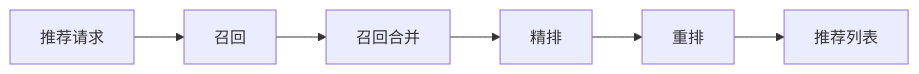
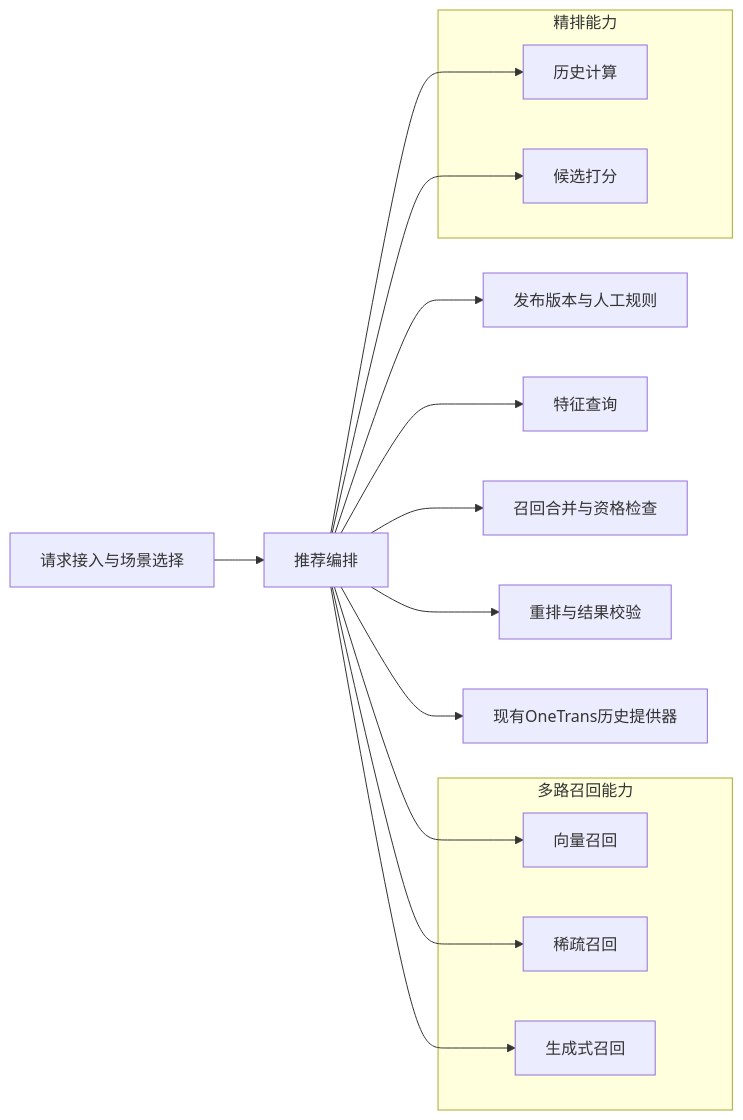
Before and after one commit to bitianyuan123/docs: the first of 5 diagrams in 03_pairec_orchestration.md, drawn with Mermaid. The commit also changed other lines of this file and 141 other files, not shown here.

````diff
--- a/03_pairec_orchestration.md
+++ b/03_pairec_orchestration.md
@@ -26,8 +32,23 @@
 ```mermaid
 flowchart LR
-    Request[推荐请求] --> Recall[召回]
-    Recall --> RecallMerge[召回合并]
-    RecallMerge --> Rank[精排]
-    Rank --> Rerank[重排]
-    Rerank --> Response[推荐列表]
+    Entry[请求接入与场景选择] --> Engine[推荐编排]
+    Engine --> Policy[发布版本与人工规则]
+    Engine --> Features[特征查询]
+    Engine --> Merge[召回合并与资格检查]
+    Engine --> Post[重排与结果校验]
+    subgraph Recall[多路召回能力]
+        V[向量召回]
+        S[稀疏召回]
+        G[生成式召回]
+    end
+    Engine --> V
+    Engine --> S
+    Engine --> G
+    subgraph Rank[精排能力]
+        H[历史计算]
+        D[候选打分]
+    end
+    Engine --> H
+    Engine --> D
+    Engine --> History[现有OneTrans历史提供器]
 ```
````
